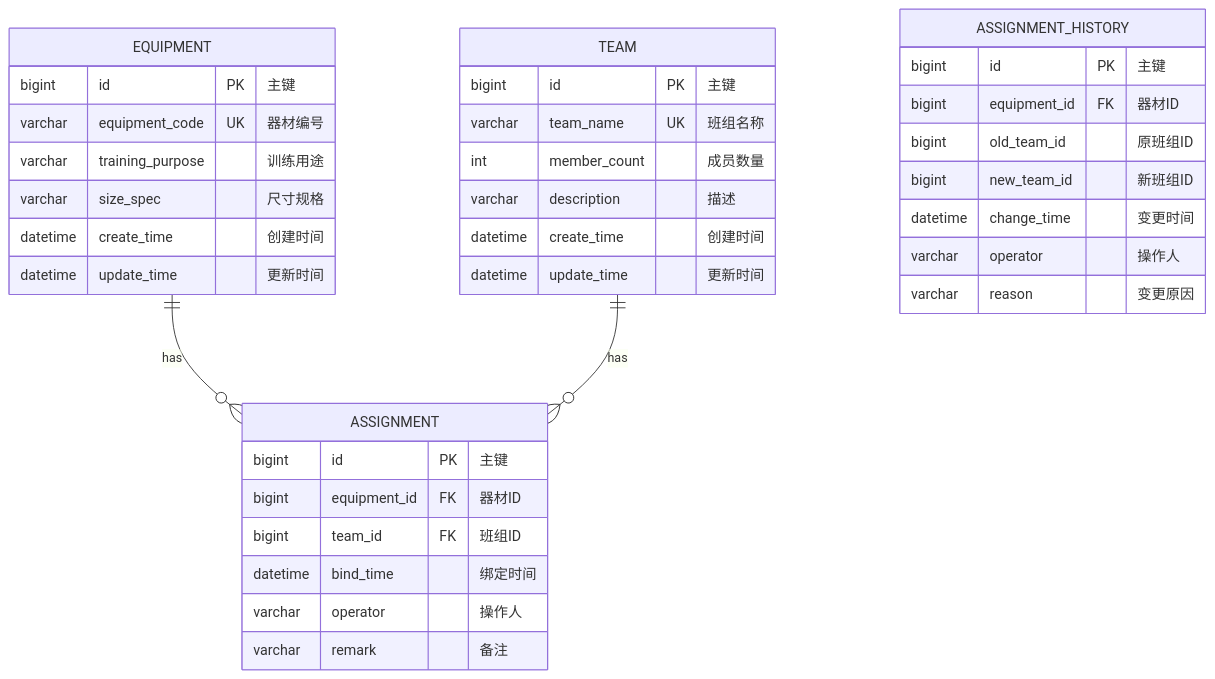
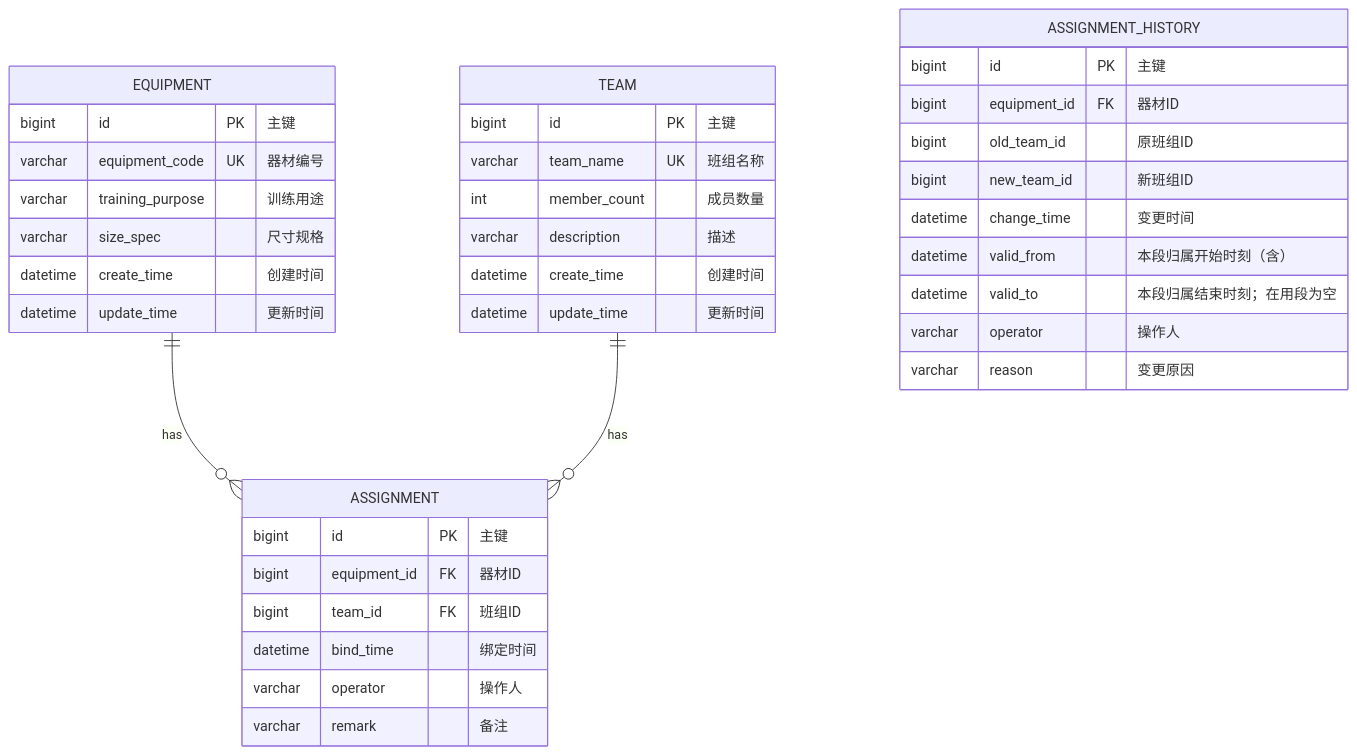
One commit to QDqiaodong/qyx-206 changed the third of 3 diagrams in .trae/documents/tech-arch.md. Above: the diagram before and after it, drawn with Mermaid. The commit also changed other lines of this file and 11 other files, not shown here.

````diff
--- a/.trae/documents/tech-arch.md
+++ b/.trae/documents/tech-arch.md
@@ -105,42 +108,44 @@
 ```mermaid
 erDiagram
     EQUIPMENT ||--o{ ASSIGNMENT : "has"
     TEAM ||--o{ ASSIGNMENT : "has"
     
     EQUIPMENT {
         bigint id PK "主键"
         varchar equipment_code UK "器材编号"
         varchar training_purpose "训练用途"
         varchar size_spec "尺寸规格"
         datetime create_time "创建时间"
         datetime update_time "更新时间"
     }
     
     TEAM {
         bigint id PK "主键"
         varchar team_name UK "班组名称"
         int member_count "成员数量"
         varchar description "描述"
         datetime create_time "创建时间"
         datetime update_time "更新时间"
     }
     
     ASSIGNMENT {
         bigint id PK "主键"
         bigint equipment_id FK "器材ID"
         bigint team_id FK "班组ID"
         datetime bind_time "绑定时间"
         varchar operator "操作人"
         varchar remark "备注"
     }
     
     ASSIGNMENT_HISTORY {
         bigint id PK "主键"
         bigint equipment_id FK "器材ID"
         bigint old_team_id "原班组ID"
         bigint new_team_id "新班组ID"
         datetime change_time "变更时间"
+        datetime valid_from "本段归属开始时刻（含）"
+        datetime valid_to "本段归属结束时刻；在用段为空"
         varchar operator "操作人"
         varchar reason "变更原因"
     }
 ```
````
